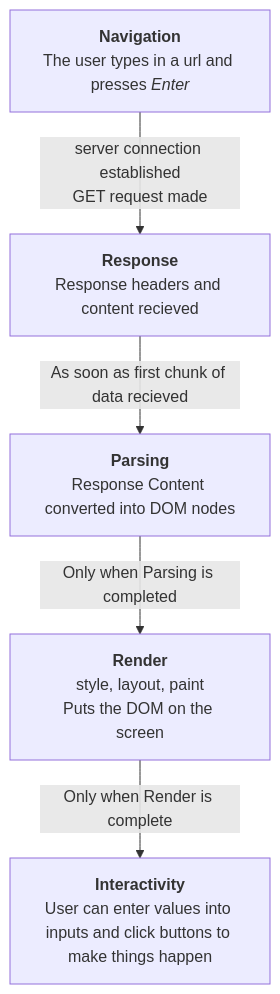
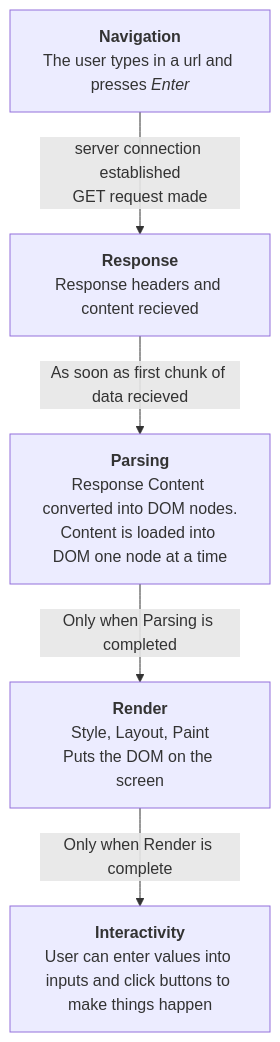
One commit to andrewyoung918/federated-modules-talk changed the first of 5 diagrams in README.md. Above: the diagram before and after it, drawn with Mermaid. The commit also changed other lines of this file and 15288 other files, not shown here.

````diff
--- a/README.md
+++ b/README.md
@@ -12,22 +14,23 @@
 ```mermaid
 flowchart TD
     Navigation["`**Navigation**
     The user types in a url and presses *Enter*`"]
     Response["`**Response**
     Response headers and content recieved
     `"]
     Parsing["`**Parsing**
-    Response Content converted into DOM nodes 
+    Response Content converted into DOM nodes.
+    Content is loaded into DOM one node at a time
     `"]
     Render["`**Render**
-    style, layout, paint
+    Style, Layout, Paint
     Puts the DOM on the screen`"]
     Interactivity["`**Interactivity**
     User can enter values into inputs and click buttons to make things happen`"]
 
     Navigation -->|"`server connection established
     GET request made`"| Response
     Response -->|"As soon as first chunk of data recieved"| Parsing
     Parsing -->|"Only when Parsing is completed"| Render
     Render -->|"Only when Render is complete"| Interactivity
 ```
````
